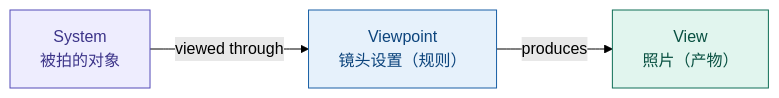
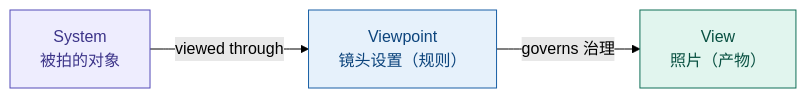
Before and after one commit to Yongjunzhou/AOS-system-design: diagram 21 of 24 in 100-subprojects/01-系统工程研究/00-系统工程相关研究报告/07-架构概念研究报告-从概念设计到架构.md, drawn with Mermaid (forest theme). The commit also changed other lines of this file and 38 other files, not shown here.

````diff
--- a/100-subprojects/01-系统工程研究/00-系统工程相关研究报告/07-架构概念研究报告-从概念设计到架构.md
+++ b/100-subprojects/01-系统工程研究/00-系统工程相关研究报告/07-架构概念研究报告-从概念设计到架构.md
@@ -837,8 +881,8 @@
 ```mermaid
 flowchart LR
     S["System<br/>被拍的对象"] -->|"viewed through"| VP["Viewpoint<br/>镜头设置（规则）"]
-    VP -->|"produces"| V["View<br/>照片（产物）"]
+    VP -->|"governs 治理"| V["View<br/>照片（产物）"]
     style S fill:#EEEDFE,stroke:#534AB7,color:#3C3489
     style VP fill:#E6F1FB,stroke:#185FA5,color:#0C447C
     style V fill:#E1F5EE,stroke:#0F6E56,color:#085041
 ```
````
